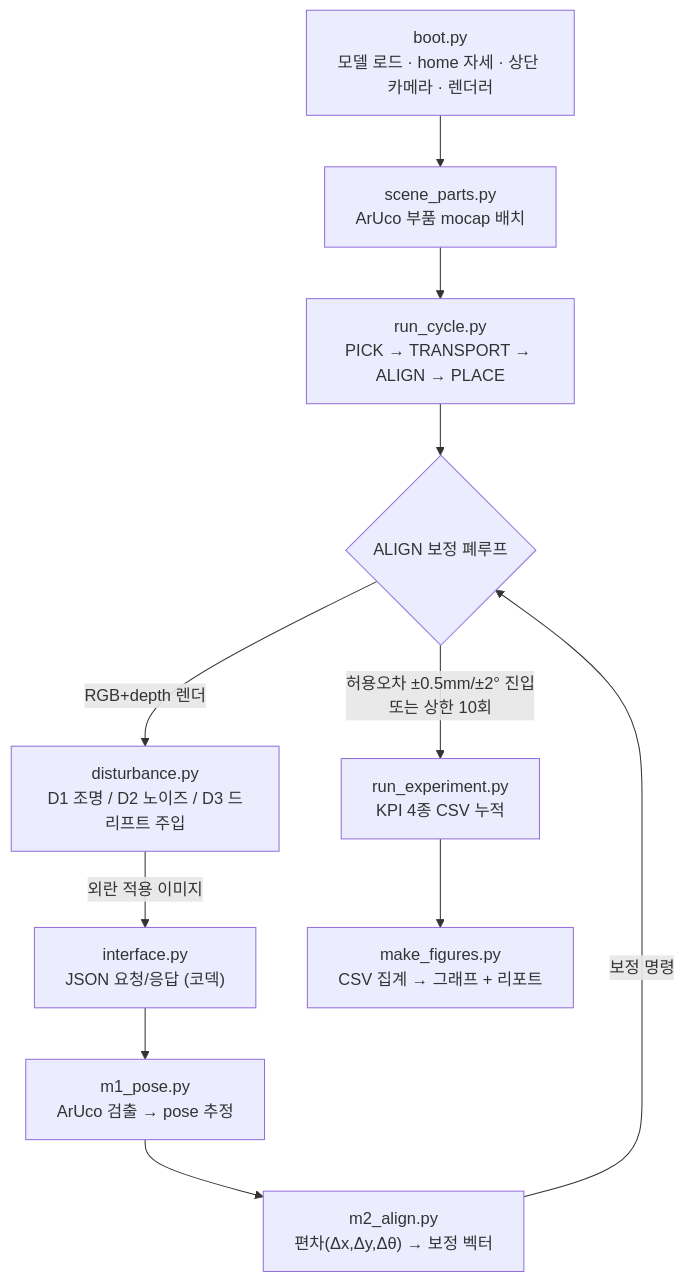
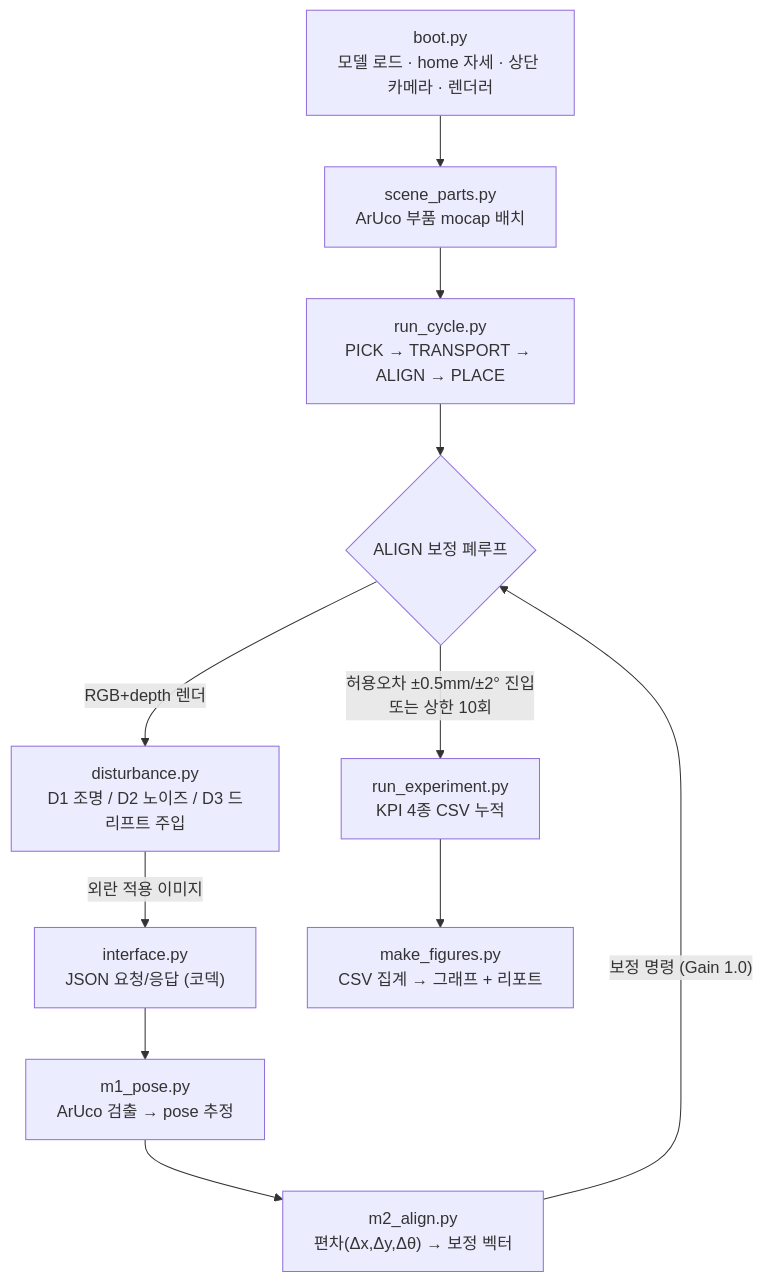
One commit to Y00nTae1/ROB changed the diagram in README.md. Above: the diagram before and after it, drawn with Mermaid. The commit also changed other lines of this file, not shown here.

````diff
--- a/README.md
+++ b/README.md
@@ -101,13 +96,13 @@
 ```mermaid
 flowchart TD
     A["boot.py<br/>모델 로드 · home 자세 · 상단 카메라 · 렌더러"] --> B["scene_parts.py<br/>ArUco 부품 mocap 배치"]
     B --> C["run_cycle.py<br/>PICK → TRANSPORT → ALIGN → PLACE"]
     C --> D{"ALIGN 보정 폐루프"}
     D -->|"RGB+depth 렌더"| E["disturbance.py<br/>D1 조명 / D2 노이즈 / D3 드리프트 주입"]
     E -->|"외란 적용 이미지"| F["interface.py<br/>JSON 요청/응답 (코덱)"]
     F --> G["m1_pose.py<br/>ArUco 검출 → pose 추정"]
     G --> H["m2_align.py<br/>편차(Δx,Δy,Δθ) → 보정 벡터"]
-    H -->|"보정 명령"| D
+    H -->|"보정 명령 (Gain 1.0)"| D
     D -->|"허용오차 ±0.5mm/±2° 진입<br/>또는 상한 10회"| I["run_experiment.py<br/>KPI 4종 CSV 누적"]
     I --> J["make_figures.py<br/>CSV 집계 → 그래프 + 리포트"]
 ```
````
